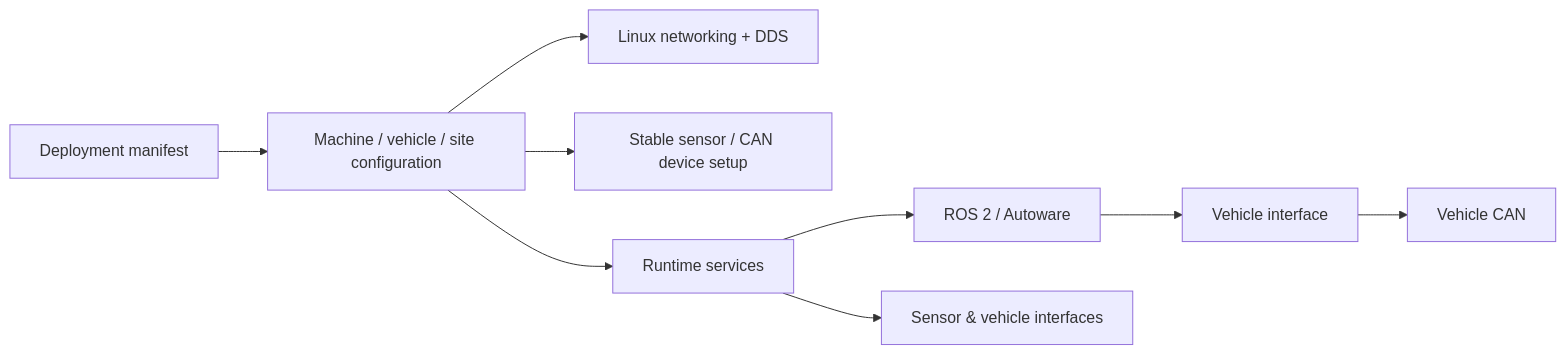
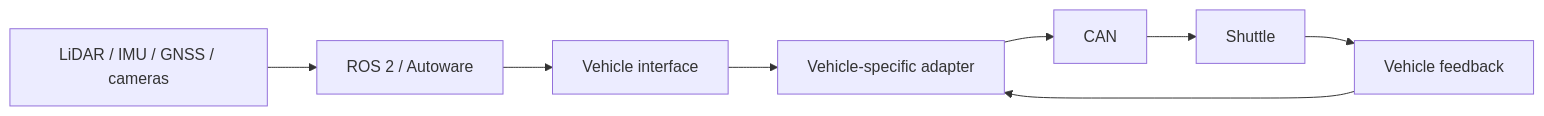
The second of 2 diagrams in projects/01-autonomous-shuttle-integration/README.md (medman09/engineering-portfolio), drawn with Mermaid before and after one commit. The commit also changed other lines of this file and 5 other files, not shown here.

````diff
--- a/projects/01-autonomous-shuttle-integration/README.md
+++ b/projects/01-autonomous-shuttle-integration/README.md
@@ -74,11 +148,10 @@
 ```mermaid
 flowchart LR
-    M[Deployment manifest] --> CFG[Machine / vehicle / site configuration]
-    CFG --> NET[Linux networking + DDS]
-    CFG --> DEV[Stable sensor / CAN device setup]
-    CFG --> RUN[Runtime services]
-    RUN --> AW[ROS 2 / Autoware]
-    RUN --> DR[Sensor & vehicle interfaces]
-    AW --> VI[Vehicle interface]
-    VI --> CAN[Vehicle CAN]
+    SENS[LiDAR / IMU / GNSS / cameras] --> ROS[ROS 2 / Autoware]
+    ROS --> VI[Vehicle interface]
+    VI --> ADP[Vehicle-specific adapter]
+    ADP --> CAN[CAN]
+    CAN --> VEH[Shuttle]
+    VEH --> FB[Vehicle feedback]
+    FB --> ADP
 ```
````
